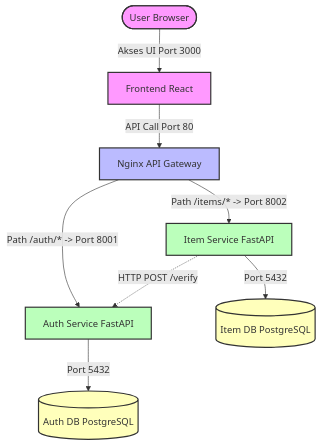
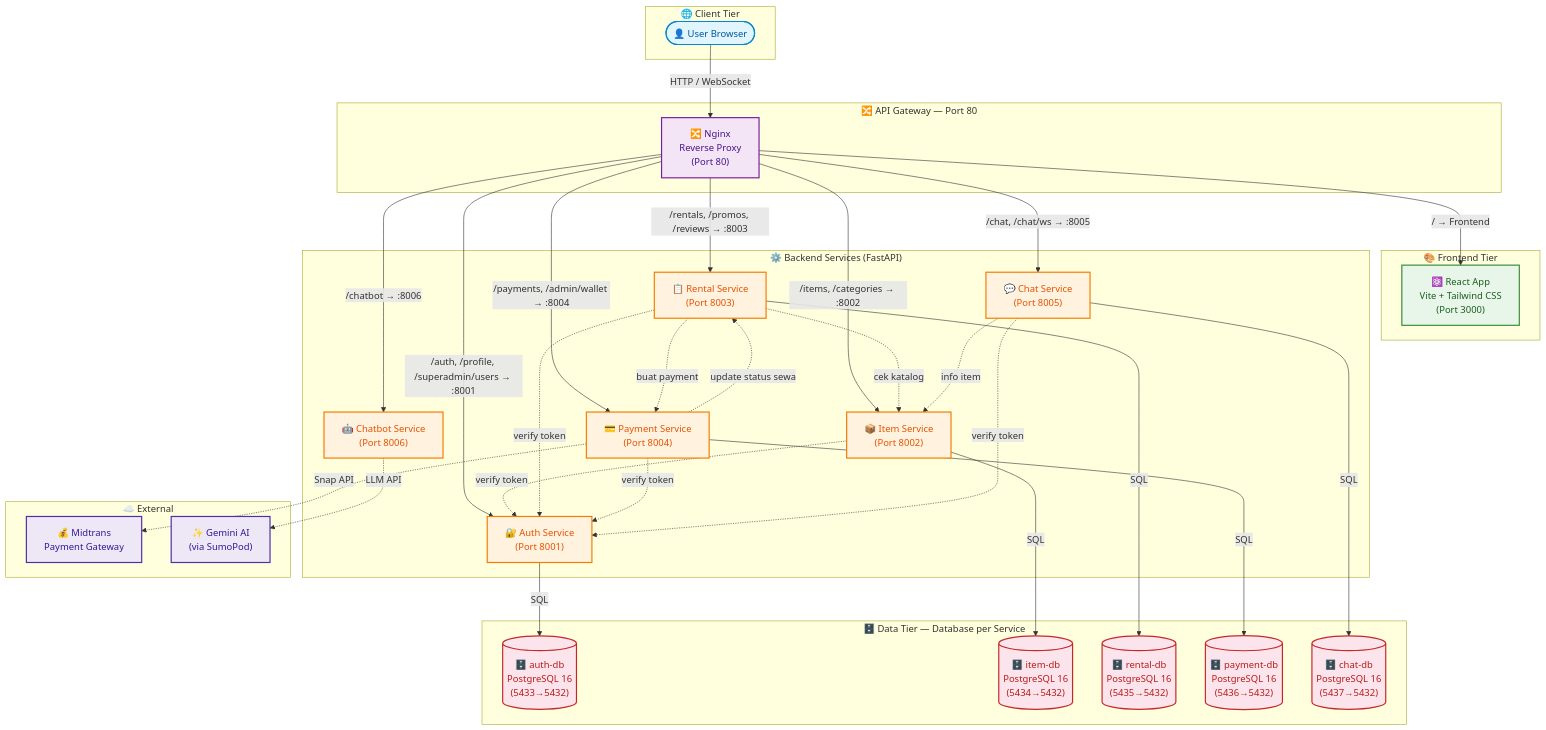
Before and after one commit to aidilsaputrakirsan-classroom/cc-kelompok-harahetta-2: the diagram in docs/architecture.md, drawn with Mermaid. The commit also changed other lines of this file, not shown here.

First line of the commit message:
docs : update architecture (add detailed for new sevices)

````diff
--- a/docs/architecture.md
+++ b/docs/architecture.md
@@ -16,30 +16,77 @@
 ```mermaid
-graph TD
-    %% Client Tier
-    User([User Browser]) -->|Akses UI Port 3000| FE[Frontend React]
-    
-    %% Gateway Tier
-    FE -->|API Call Port 80| Gateway[Nginx API Gateway]
-    
-    %% Service Tier
-    Gateway -->|Path /auth/* -> Port 8001| AuthService[Auth Service FastAPI]
-    Gateway -->|Path /items/* -> Port 8002| ItemService[Item Service FastAPI]
-    
-    %% Database Tier
-    AuthService -->|Port 5432| AuthDB[(Auth DB PostgreSQL)]
-    ItemService -->|Port 5432| ItemDB[(Item DB PostgreSQL)]
-    
-    %% Inter-Service Communication
-    ItemService -.->|HTTP POST /verify| AuthService
+graph TB
+    subgraph CLIENT["🌐 Client Tier"]
+        User([👤 User Browser])
+    end
 
-    %% Styling
-    classDef client fill:#f9f,stroke:#333,stroke-width:2px;
-    classDef gateway fill:#bbf,stroke:#333,stroke-width:2px;
-    classDef service fill:#bfb,stroke:#333,stroke-width:2px;
-    classDef db fill:#ffb,stroke:#333,stroke-width:2px;
+    subgraph GATEWAY_TIER["🔀 API Gateway — Port 80"]
+        Gateway["🔀 Nginx\nReverse Proxy\n(Port 80)"]
+    end
 
-    class User,FE client;
-    class Gateway gateway;
-    class AuthService,ItemService service;
-    class AuthDB,ItemDB db;
+    subgraph FRONTEND_TIER["🎨 Frontend Tier"]
+        Frontend["⚛️ React App\nVite + Tailwind CSS\n(Port 3000)"]
+    end
+
+    subgraph BACKEND_TIER["⚙️ Backend Services (FastAPI)"]
+        AuthService["🔐 Auth Service\n(Port 8001)"]
+        ItemService["📦 Item Service\n(Port 8002)"]
+        RentalService["📋 Rental Service\n(Port 8003)"]
+        PaymentService["💳 Payment Service\n(Port 8004)"]
+        ChatService["💬 Chat Service\n(Port 8005)"]
+        ChatbotService["🤖 Chatbot Service\n(Port 8006)"]
+    end
+
+    subgraph DATA_TIER["🗄️ Data Tier — Database per Service"]
+        AuthDB[("🗄️ auth-db\nPostgreSQL 16\n(5433→5432)")]
+        ItemDB[("🗄️ item-db\nPostgreSQL 16\n(5434→5432)")]
+        RentalDB[("🗄️ rental-db\nPostgreSQL 16\n(5435→5432)")]
+        PaymentDB[("🗄️ payment-db\nPostgreSQL 16\n(5436→5432)")]
+        ChatDB[("🗄️ chat-db\nPostgreSQL 16\n(5437→5432)")]
+    end
+
+    subgraph EXTERNAL["☁️ External"]
+        Midtrans["💰 Midtrans\nPayment Gateway"]
+        Gemini["✨ Gemini AI\n(via SumoPod)"]
+    end
+
+    User -->|"HTTP / WebSocket"| Gateway
+    Gateway -->|"/ → Frontend"| Frontend
+    Gateway -->|"/auth, /profile, /superadmin/users → :8001"| AuthService
+    Gateway -->|"/items, /categories → :8002"| ItemService
+    Gateway -->|"/rentals, /promos, /reviews → :8003"| RentalService
+    Gateway -->|"/payments, /admin/wallet → :8004"| PaymentService
+    Gateway -->|"/chat, /chat/ws → :8005"| ChatService
+    Gateway -->|"/chatbot → :8006"| ChatbotService
+
+    AuthService -->|"SQL"| AuthDB
+    ItemService -->|"SQL"| ItemDB
+    RentalService -->|"SQL"| RentalDB
+    PaymentService -->|"SQL"| PaymentDB
+    ChatService -->|"SQL"| ChatDB
+
+    ItemService -.->|"verify token"| AuthService
+    RentalService -.->|"verify token"| AuthService
+    RentalService -.->|"cek katalog"| ItemService
+    RentalService -.->|"buat payment"| PaymentService
+    PaymentService -.->|"verify token"| AuthService
+    PaymentService -.->|"update status sewa"| RentalService
+    ChatService -.->|"verify token"| AuthService
+    ChatService -.->|"info item"| ItemService
+
+    PaymentService -.->|"Snap API"| Midtrans
+    ChatbotService -.->|"LLM API"| Gemini
+
+    classDef client fill:#e1f5fe,stroke:#0288d1,stroke-width:2px,color:#01579b
+    classDef gateway fill:#f3e5f5,stroke:#7b1fa2,stroke-width:2px,color:#4a148c
+    classDef frontend fill:#e8f5e9,stroke:#388e3c,stroke-width:2px,color:#1b5e20
+    classDef service fill:#fff3e0,stroke:#f57c00,stroke-width:2px,color:#e65100
+    classDef db fill:#fce4ec,stroke:#c62828,stroke-width:2px,color:#b71c1c
+    classDef ext fill:#ede7f6,stroke:#512da8,stroke-width:2px,color:#311b92
+
+    class User client
+    class Gateway gateway
+    class Frontend frontend
+    class AuthService,ItemService,RentalService,PaymentService,ChatService,ChatbotService service
+    class AuthDB,ItemDB,RentalDB,PaymentDB,ChatDB db
+    class Midtrans,Gemini ext
 ```
````
